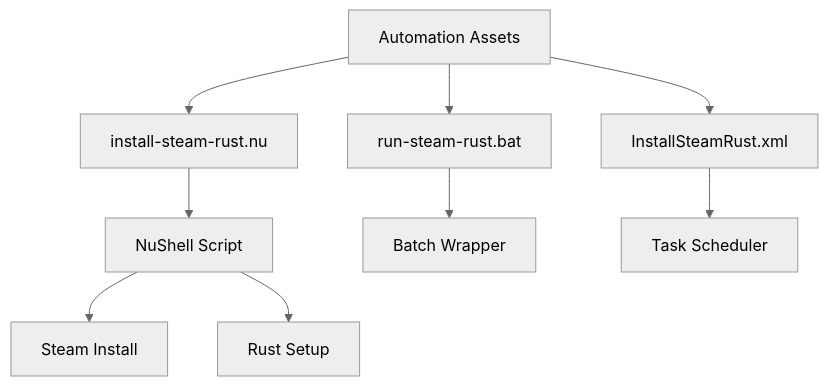
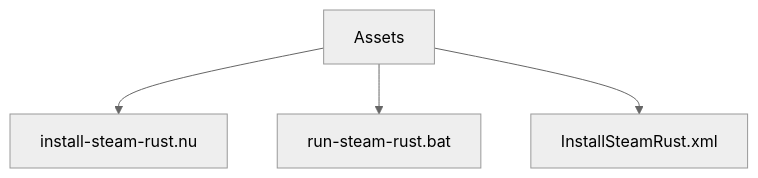
The second of 5 diagrams in docs/guides/windows-automation-guide.md (Hydepwns/nix-mox), drawn with Mermaid (neutral theme) before and after one commit. The commit also changed other lines of this file and 145 other files, not shown here.

````diff
--- a/docs/guides/windows-automation-guide.md
+++ b/docs/guides/windows-automation-guide.md
@@ -19,13 +17,6 @@
 ```mermaid
 graph TD
-    A[Automation Assets] --> B[install-steam-rust.nu]
+    A[Assets] --> B[install-steam-rust.nu]
     A --> C[run-steam-rust.bat]
     A --> D[InstallSteamRust.xml]
-    
-    B --> E[NuShell Script]
-    C --> F[Batch Wrapper]
-    D --> G[Task Scheduler]
-    
-    E --> H[Steam Install]
-    E --> I[Rust Setup]
 ```
````
